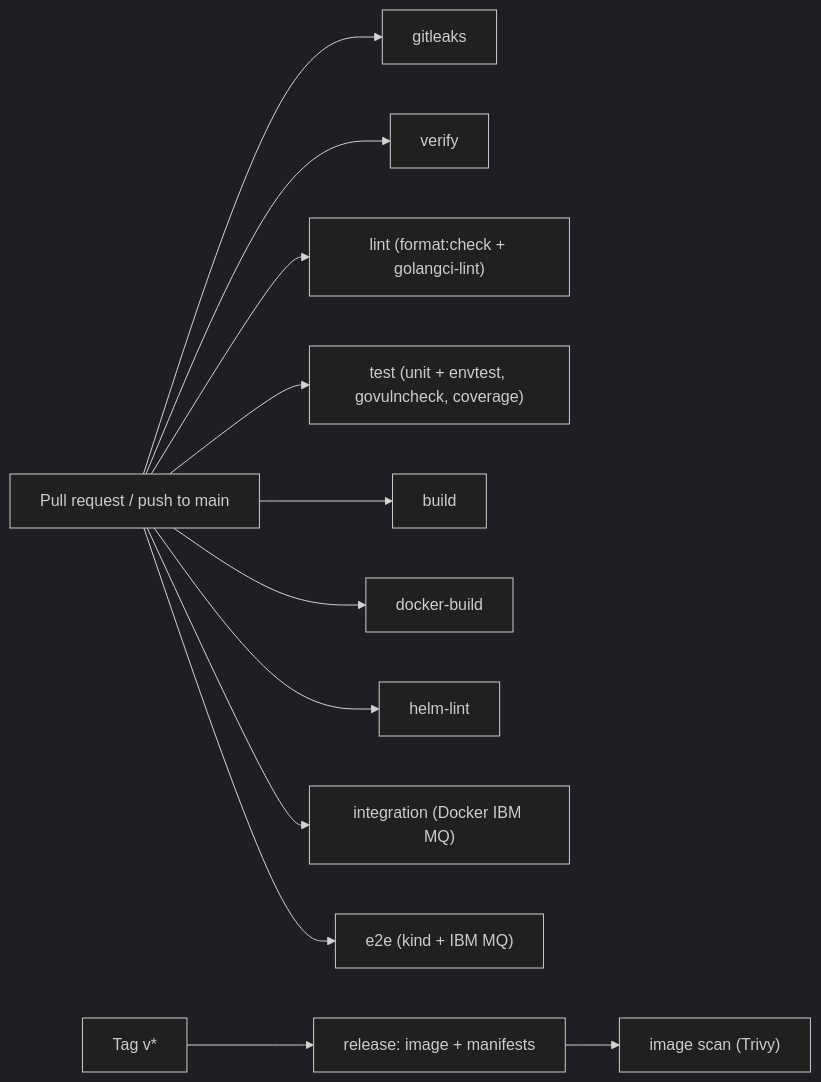
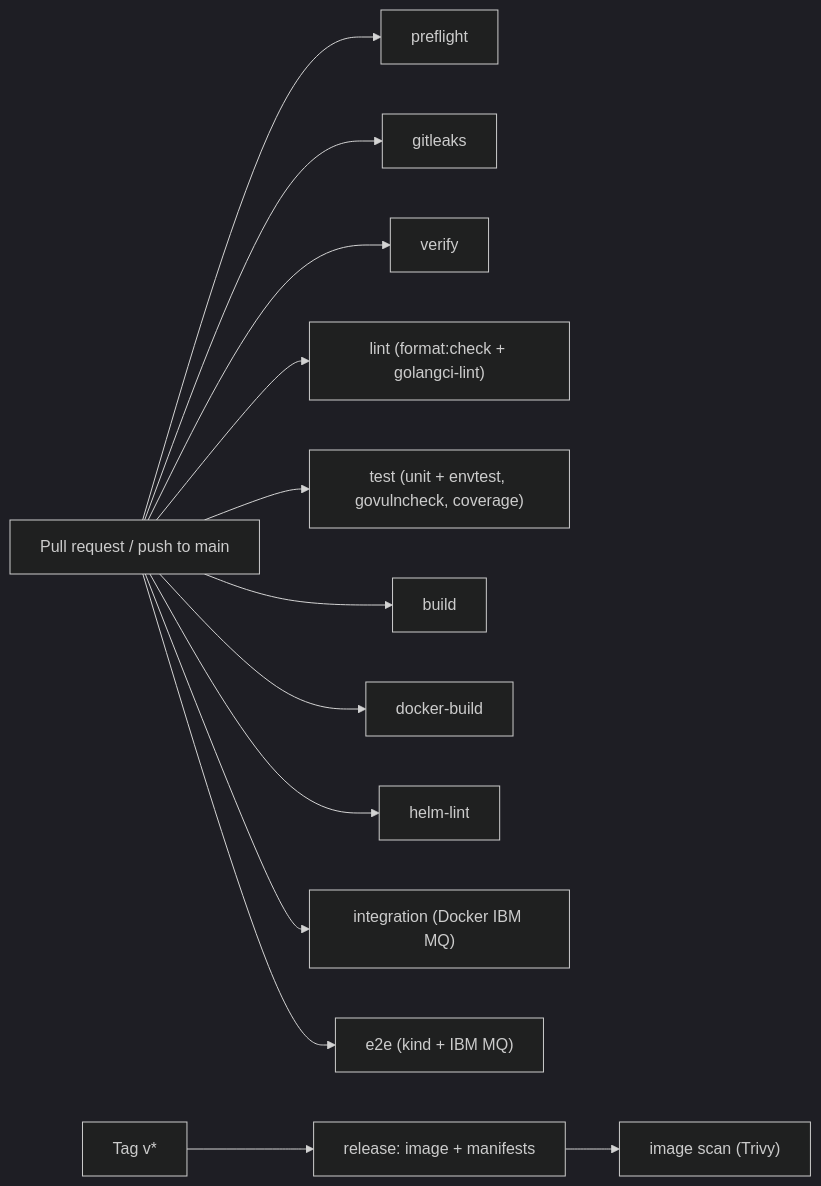
The diagram in docs/CICD.md (conduit-ops/MKurator), drawn with Mermaid (dark theme) before and after one commit. The commit also changed other lines of this file and 4 other files, not shown here.

````diff
--- a/docs/CICD.md
+++ b/docs/CICD.md
@@ -24,16 +25,17 @@
 ```mermaid
 flowchart LR
-  pr["Pull request / push to main"] --> gitleaks
+  pr["Pull request / push to main"] --> preflight
+  pr --> gitleaks
   pr --> verify
   pr --> lint
   pr --> test
   pr --> build
   pr --> docker["docker-build"]
   pr --> helmlint["helm-lint"]
   lint["lint (format:check + golangci-lint)"]
   test["test (unit + envtest, govulncheck, coverage)"]
   pr --> integration["integration (Docker IBM MQ)"]
   pr --> e2e["e2e (kind + IBM MQ)"]
   tag["Tag v*"] --> release["release: image + manifests"]
   release --> scan["image scan (Trivy)"]
 ```
````
